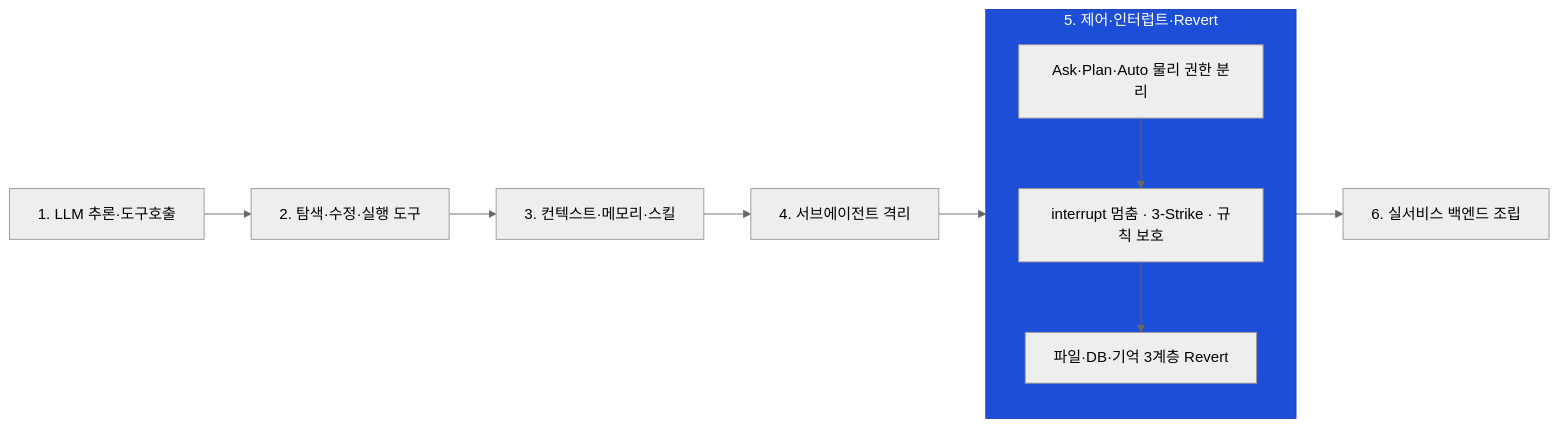
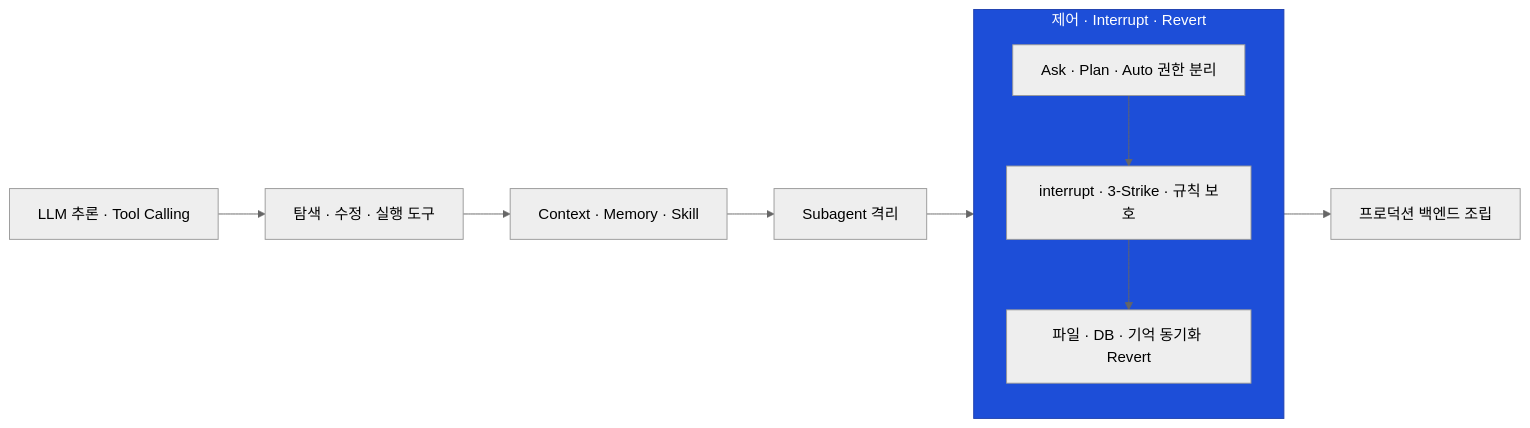
Before and after one commit to Abyssey/anvil: the ninth of 12 diagrams in docs/coding-agent-study.md, drawn with Mermaid (neutral theme). The commit also changed other lines of this file and 3 other files, not shown here.

````diff
--- a/docs/coding-agent-study.md
+++ b/docs/coding-agent-study.md
@@ -422,14 +430,14 @@
 ```mermaid
 flowchart LR
-  S1["1. LLM 추론·도구호출"]
-  S2["2. 탐색·수정·실행 도구"]
-  S3["3. 컨텍스트·메모리·스킬"]
-  S4["4. 서브에이전트 격리"]
-  subgraph S5["5. 제어·인터럽트·Revert"]
+  S1["LLM 추론 · Tool Calling"]
+  S2["탐색 · 수정 · 실행 도구"]
+  S3["Context · Memory · Skill"]
+  S4["Subagent 격리"]
+  subgraph S5["제어 · Interrupt · Revert"]
     direction TB
-    S5A["Ask·Plan·Auto 물리 권한 분리"] --> S5B["interrupt 멈춤 · 3-Strike · 규칙 보호"] --> S5C["파일·DB·기억 3계층 Revert"]
+    S5A["Ask · Plan · Auto 권한 분리"] --> S5B["interrupt · 3-Strike · 규칙 보호"] --> S5C["파일 · DB · 기억 동기화 Revert"]
   end
-  S6["6. 실서비스 백엔드 조립"]
+  S6["프로덕션 백엔드 조립"]
   S1 --> S2 --> S3 --> S4 --> S5 --> S6
   style S5 fill:#1d4ed8,stroke:#1e40af,color:#ffffff
 ```
````
